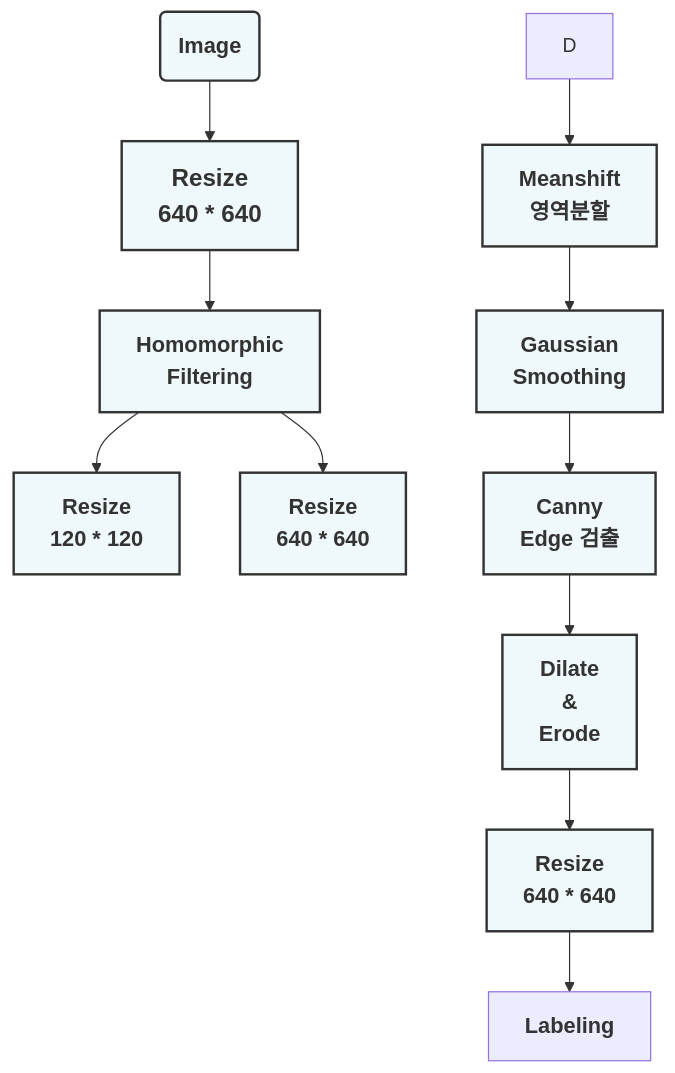
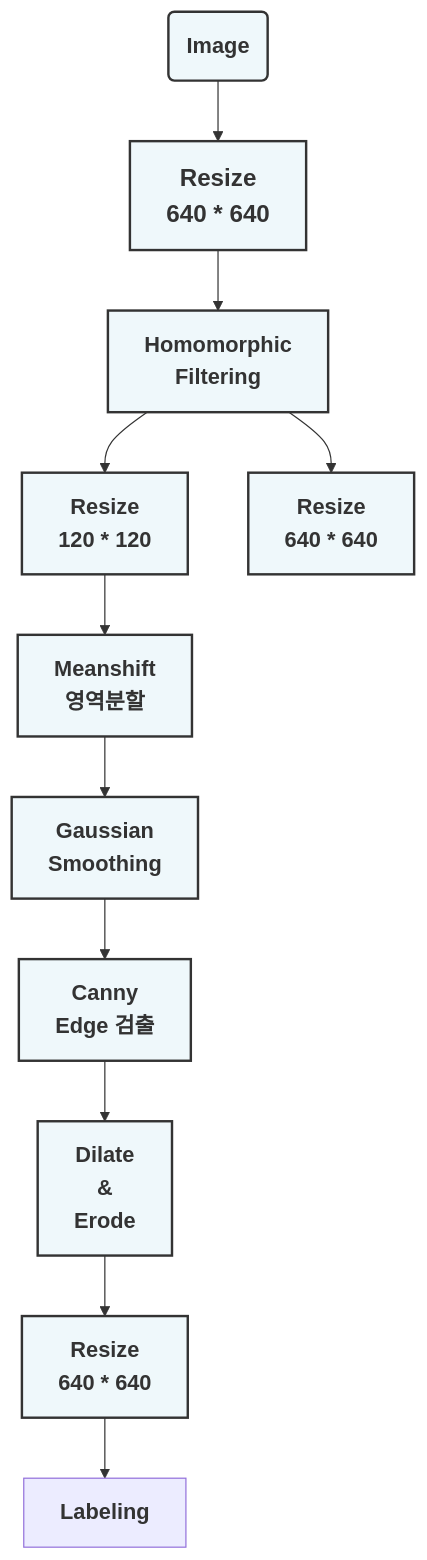
The second of 2 diagrams in Readme.md (201710808/-p), drawn with Mermaid before and after one commit.

````diff
--- a/Readme.md
+++ b/Readme.md
@@ -13,25 +13,25 @@
 ```mermaid
 graph
 A(<b><span style='font-size:18px'>Image</span></b>)-->B[<b><span style='font-size:20px'>Resize<br>640 * 640</span></b>]
 B-->C[<b><span style='font-size:18px'>Homomorphic<br>Filtering</span></b>]
 C-->D1[<b><span style='font-size:18px'>Resize<br>120 * 120</span></b>]
-D-->E[<b><span style='font-size:18px'>Meanshift<br>영역분할</span></b>]
+D1-->E[<b><span style='font-size:18px'>Meanshift<br>영역분할</span></b>]
 E-->F[<b><span style='font-size:18px'>Gaussian<br>Smoothing</span></b>]
 F-->G[<b><span style='font-size:18px'>Canny<br>Edge 검출</span></b>]
 G-->H[<b><span style='font-size:18px'>Dilate<br>&<br>Erode</span></b>]
 H-->I[<b><span style='font-size:18px'>Resize<br>640 * 640</span></b>]
 I-->J[<b><span style='font-size:18px'>Labeling</span></b>]
 C-->D2[<b><span style='font-size:18px'>Resize<br>640 * 640</span></b>]
 
 
 style A fill:#EFF8FB ,stroke:#333,stroke-width:2px
 style B fill:#EFF8FB ,stroke:#333,stroke-width:2px
 style C fill:#EFF8FB ,stroke:#333,stroke-width:2px
 style D1 fill:#EFF8FB ,stroke:#333,stroke-width:2px
 style D2 fill:#EFF8FB ,stroke:#333,stroke-width:2px
 style E fill:#EFF8FB ,stroke:#333,stroke-width:2px
 style F fill:#EFF8FB ,stroke:#333,stroke-width:2px
 style G fill:#EFF8FB ,stroke:#333,stroke-width:2px
 style H fill:#EFF8FB ,stroke:#333,stroke-width:2px
 style I fill:#EFF8FB ,stroke:#333,stroke-width:2px
 ```
````
